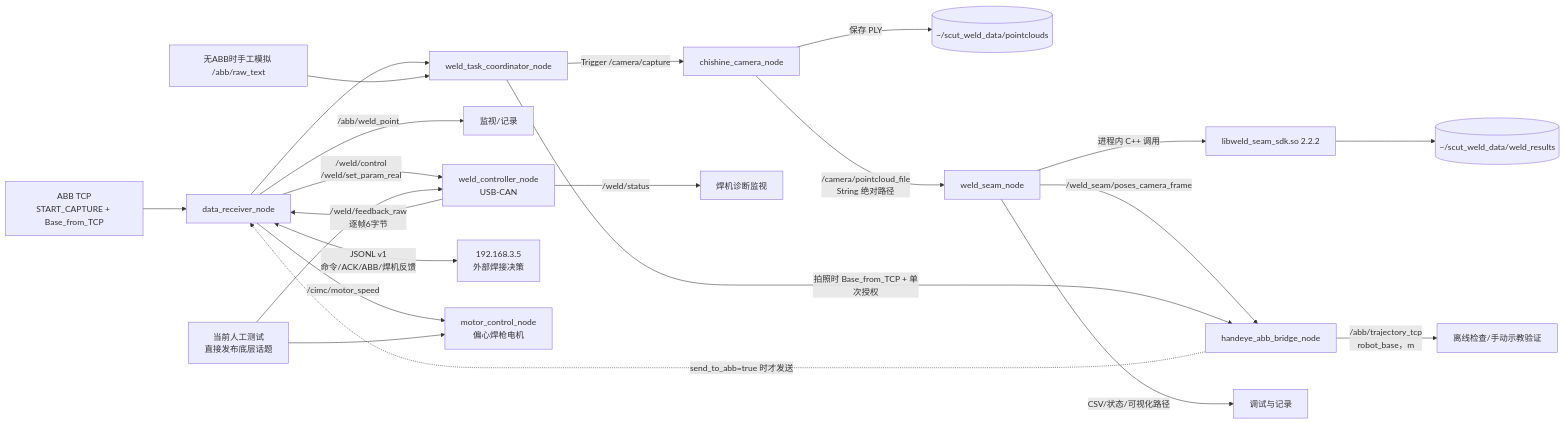
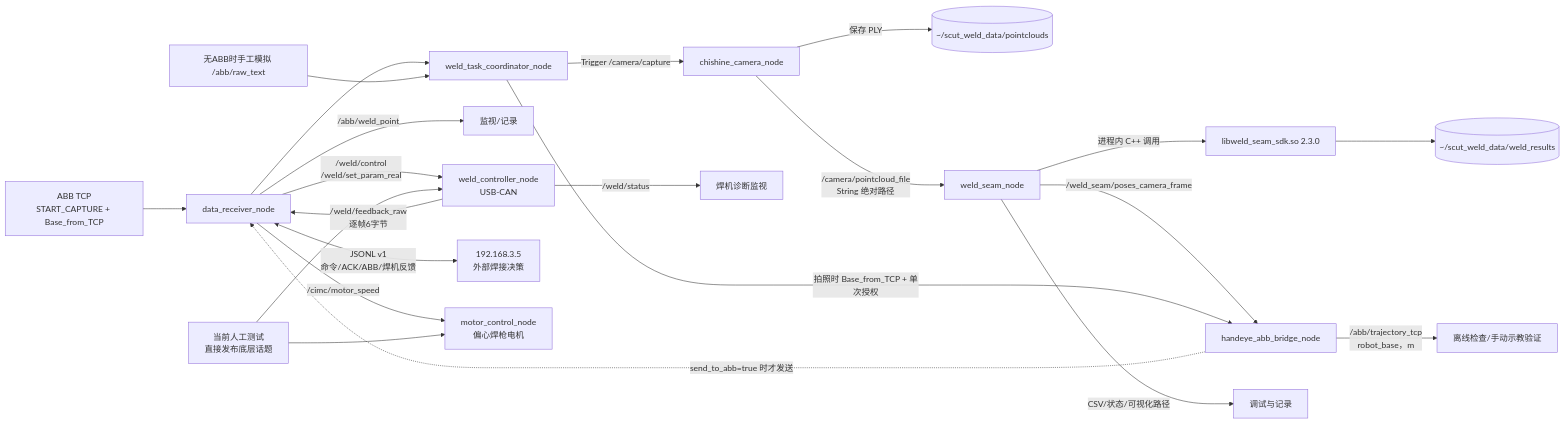
One commit to Luckme921/cimc changed the diagram in README.md. Above: the diagram before and after it, drawn with Mermaid. The commit also changed other lines of this file and 16 other files, not shown here.

````diff
--- a/README.md
+++ b/README.md
@@ -39,25 +39,25 @@
 ```mermaid
 flowchart LR
     ABB["ABB TCP\nSTART_CAPTURE + Base_from_TCP"] --> D["data_receiver_node"]
     D --> Q["weld_task_coordinator_node"]
     SIM["无ABB时手工模拟 /abb/raw_text"] --> Q
     Q -->|"Trigger /camera/capture"| C["chishine_camera_node"]
     C -->|"保存 PLY"| P[("~/scut_weld_data/pointclouds")]
     C -->|"/camera/pointcloud_file\nString 绝对路径"| S["weld_seam_node"]
-    S -->|"进程内 C++ 调用"| SDK["libweld_seam_sdk.so 2.2.2"]
+    S -->|"进程内 C++ 调用"| SDK["libweld_seam_sdk.so 2.3.0"]
     SDK --> R[("~/scut_weld_data/weld_results")]
     S -->|"/weld_seam/poses_camera_frame"| H["handeye_abb_bridge_node"]
     Q -->|"拍照时 Base_from_TCP + 单次授权"| H
     H -->|"/abb/trajectory_tcp\nrobot_base，m"| CHECK["离线检查/手动示教验证"]
     H -. "send_to_abb=true 时才发送" .-> D
     S -->|"CSV/状态/可视化路径"| V["调试与记录"]
 
     D -->|"/abb/weld_point"| MON["监视/记录"]
     W["weld_controller_node\nUSB-CAN"] -->|"/weld/status"| WMON["焊机诊断监视"]
     W -->|"/weld/feedback_raw\n逐帧6字节"| D
     D <-->|"JSONL v1\n命令/ACK/ABB/焊机反馈"| EXT["192.168.3.5\n外部焊接决策"]
     D -->|"/weld/control\n/weld/set_param_real"| W
     D -->|"/cimc/motor_speed"| M["motor_control_node\n偏心焊枪电机"]
     TSIM["当前人工测试\n直接发布底层话题"] --> W
     TSIM --> M
 ```
````
